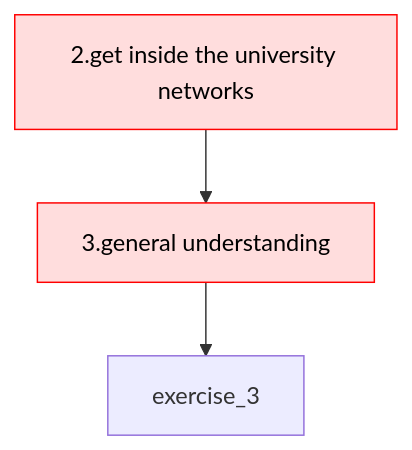
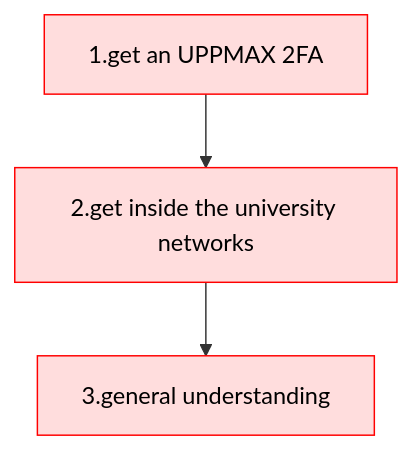
Before and after one commit to UPPMAX/bianca_workshop: the diagram in docs/login.md, drawn with Mermaid.

````diff
--- a/docs/login.md
+++ b/docs/login.md
@@ -96,12 +96,12 @@
 ```mermaid
 flowchart TD
 
   classDef minimal_node fill:#fdd,color:#000,stroke:#f00
   classDef extra_node fill:#ffd,color:#000,stroke:#ff0
 
   exercise_1[1.get an UPPMAX 2FA]:::minimal_node
-  exercise_1[2.get inside the university networks]:::minimal_node
-  exercise_2[3.general understanding]:::minimal_node
+  exercise_2[2.get inside the university networks]:::minimal_node
+  exercise_3[3.general understanding]:::minimal_node
 
   exercise_1 --> exercise_2 --> exercise_3
 ```
````
